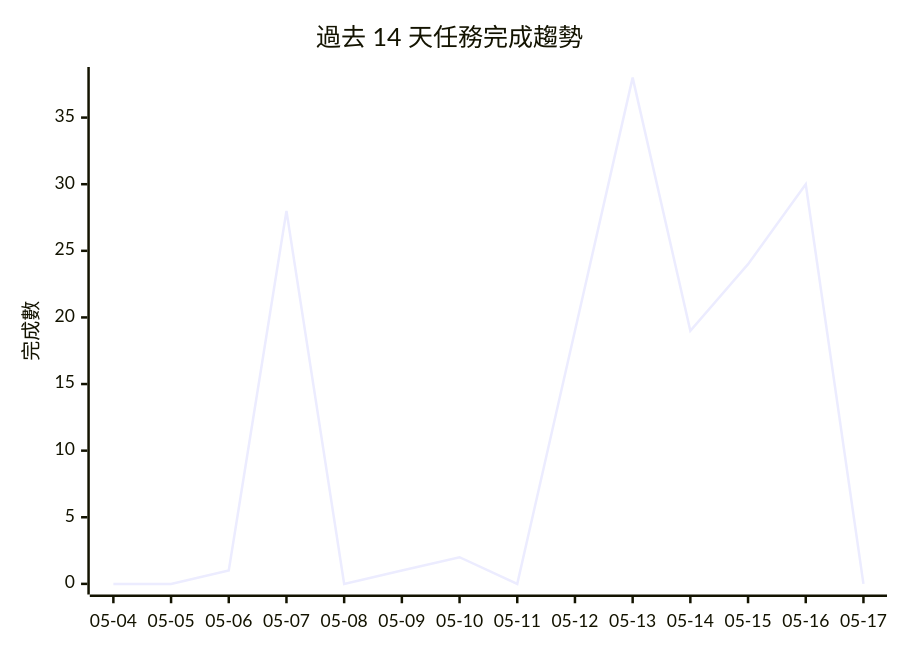
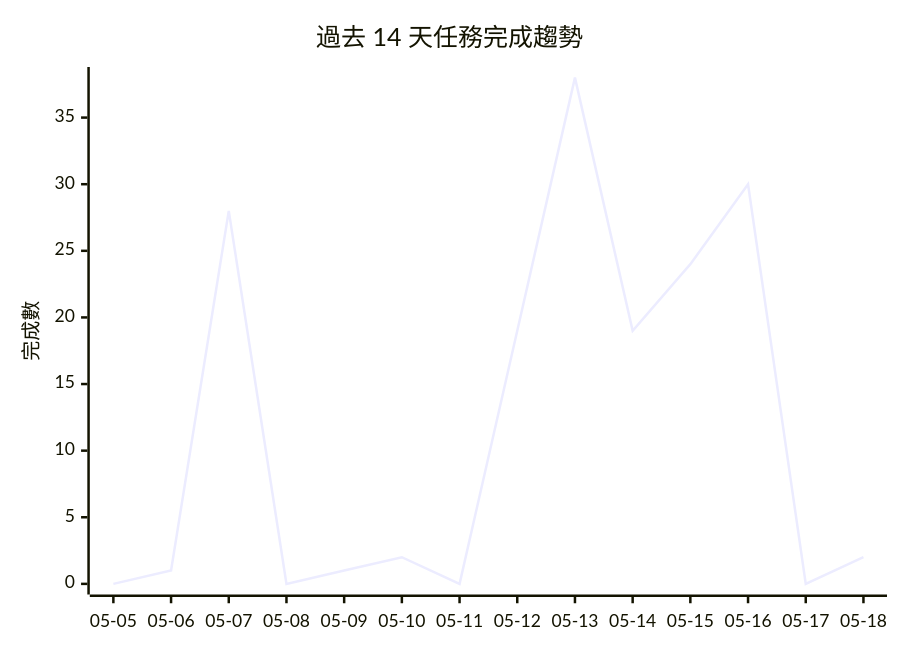
One commit to openclawchen8-lgtm/openclawchen8-lgtm changed the diagram in README.md. Above: the diagram before and after it, drawn with Mermaid. The commit also changed other lines of this file, not shown here.

````diff
--- a/README.md
+++ b/README.md
@@ -154,7 +167,7 @@
 ```mermaid
 xychart-beta
     title "過去 14 天任務完成趨勢"
-    x-axis ["05-04", "05-05", "05-06", "05-07", "05-08", "05-09", "05-10", "05-11", "05-12", "05-13", "05-14", "05-15", "05-16", "05-17"]
+    x-axis ["05-05", "05-06", "05-07", "05-08", "05-09", "05-10", "05-11", "05-12", "05-13", "05-14", "05-15", "05-16", "05-17", "05-18"]
     y-axis "完成數" 0 --> 38
-    line [0, 0, 1, 28, 0, 1, 2, 0, 19, 38, 19, 24, 30, 0]
+    line [0, 1, 28, 0, 1, 2, 0, 19, 38, 19, 24, 30, 0, 2]
 ```
````
